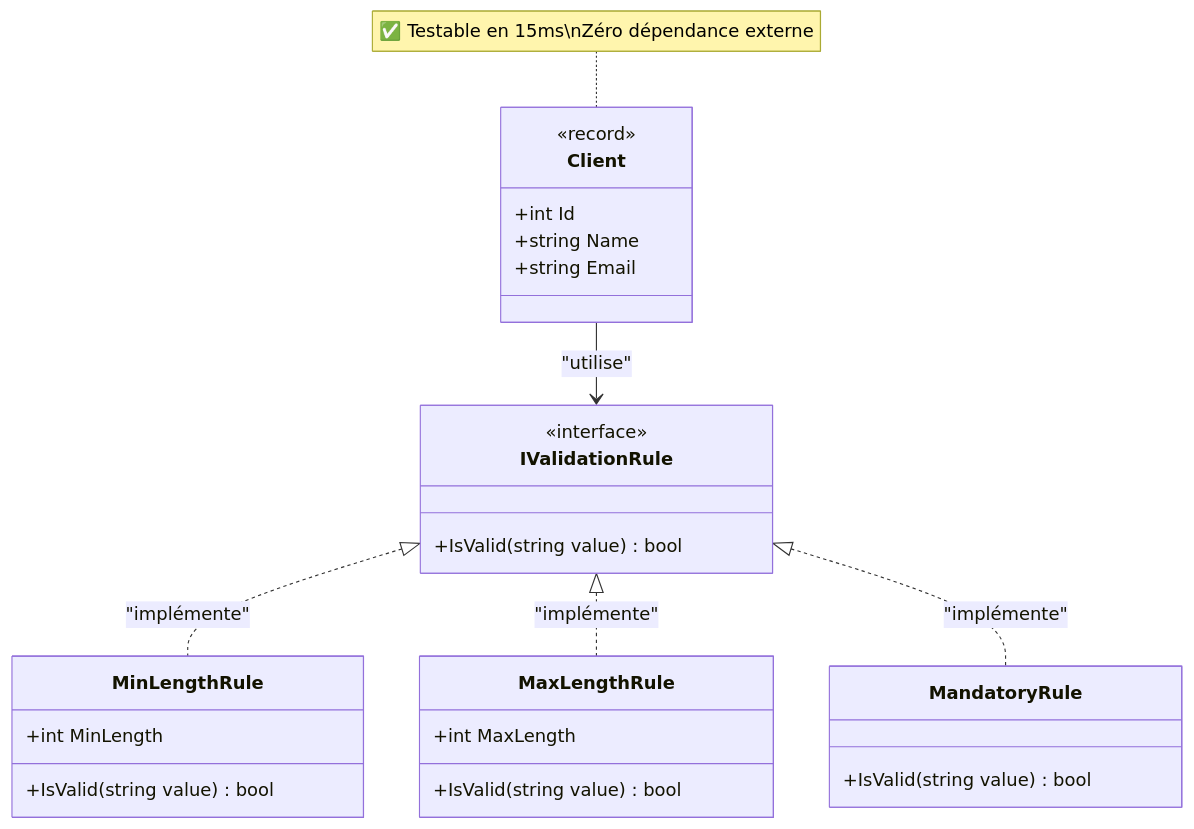
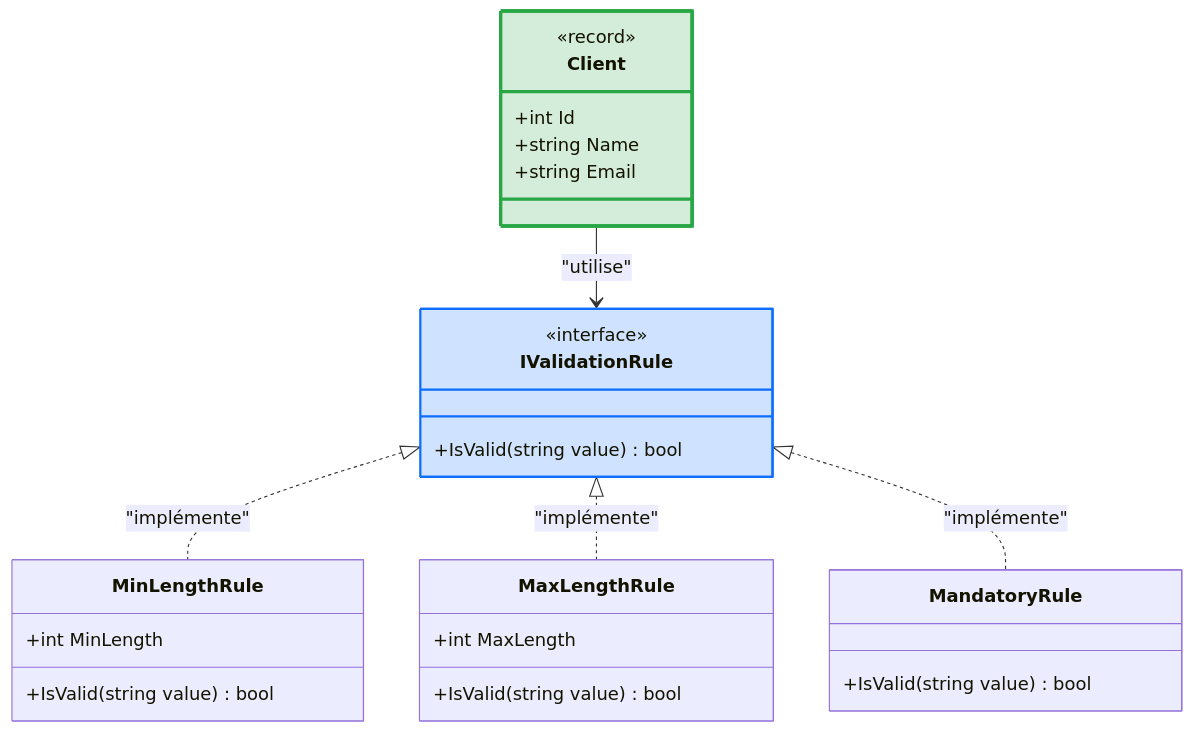
Before and after one commit to mounirelouali/net-mod-legacy-formation: the fifth of 5 diagrams in 03_Support_Quotidien/Jour_1_Fondations.md, drawn with Mermaid. The commit also changed other lines of this file and 2 other files, not shown here.

````diff
--- a/03_Support_Quotidien/Jour_1_Fondations.md
+++ b/03_Support_Quotidien/Jour_1_Fondations.md
@@ -705,36 +705,37 @@
 ```mermaid
 classDiagram
     class Client {
         <<record>>
         +int Id
         +string Name
         +string Email
     }
     
     class IValidationRule {
         <<interface>>
         +IsValid(string value) bool
     }
     
     class MinLengthRule {
         +int MinLength
         +IsValid(string value) bool
     }
     
     class MaxLengthRule {
         +int MaxLength
         +IsValid(string value) bool
     }
     
     class MandatoryRule {
         +IsValid(string value) bool
     }
     
     IValidationRule <|.. MinLengthRule : "implémente"
     IValidationRule <|.. MaxLengthRule : "implémente"
     IValidationRule <|.. MandatoryRule : "implémente"
     
     Client --> IValidationRule : "utilise"
     
-    note for Client "✅ Testable en 15ms\nZéro dépendance externe"
+    style Client fill:#d4edda,stroke:#28a745,stroke-width:3px
+    style IValidationRule fill:#cfe2ff,stroke:#0d6efd,stroke-width:2px
 ```
````
